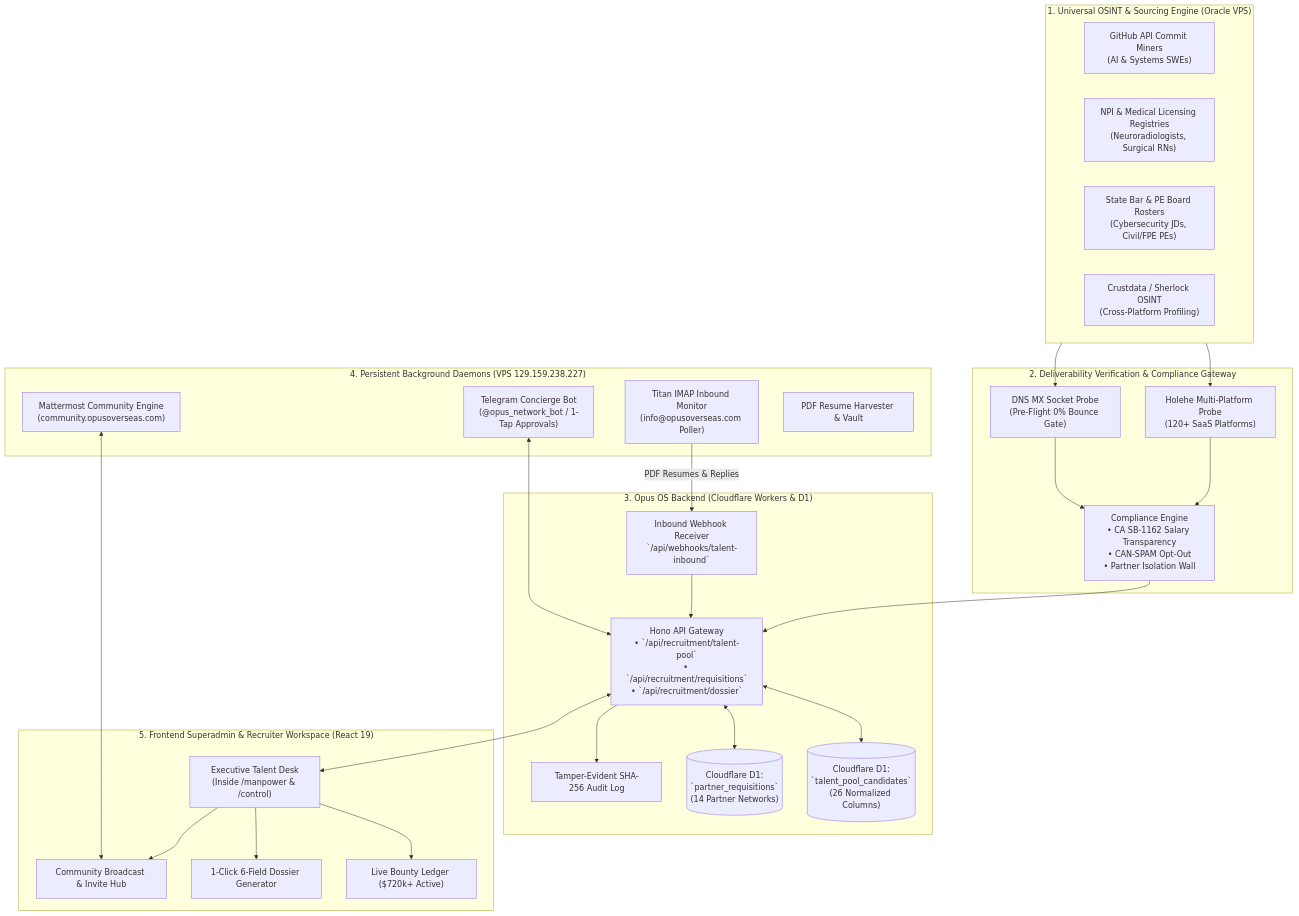
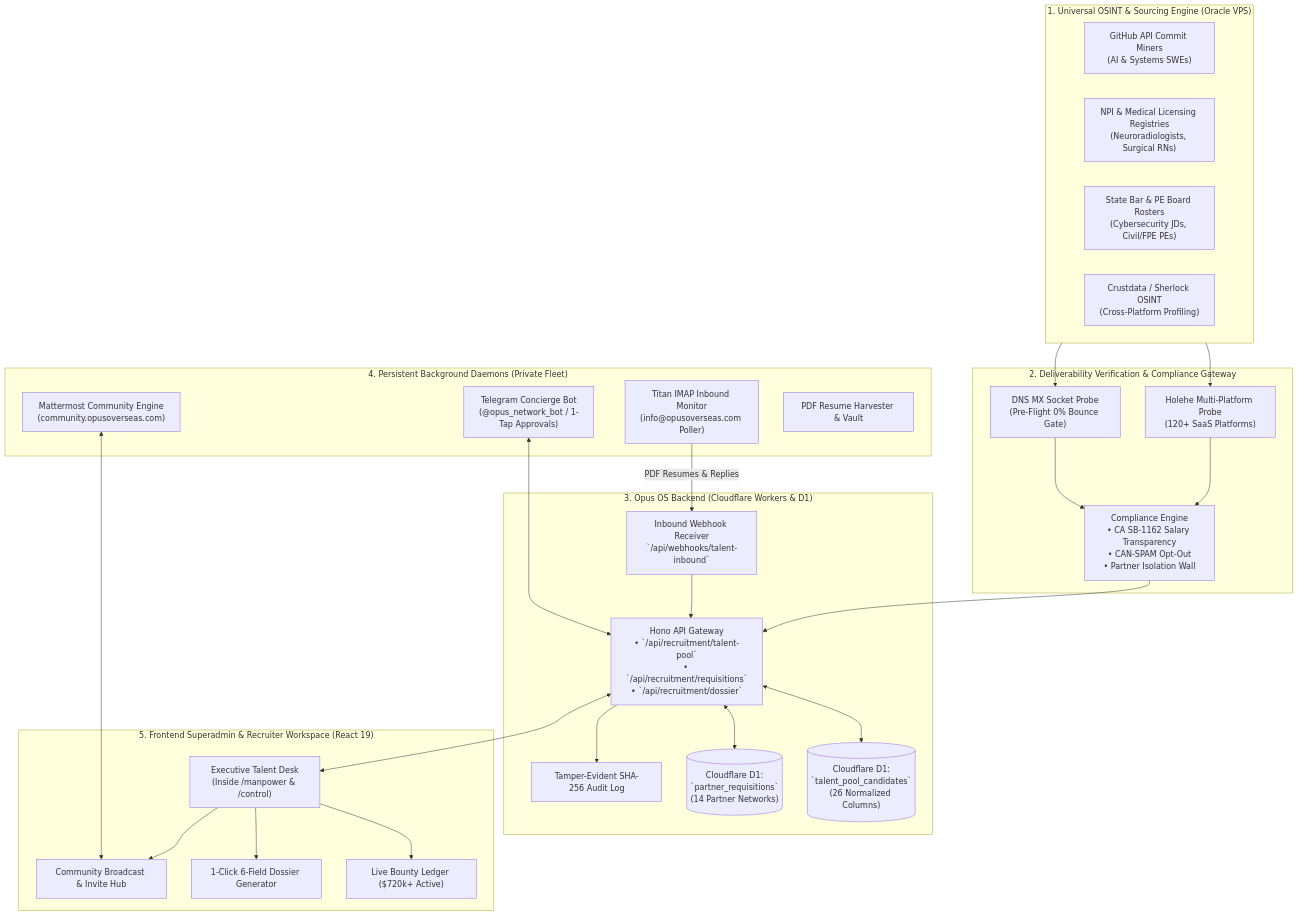
One commit to ajmalh63/opus-os changed the diagram in docs/OPUS-EXECUTIVE-TALENT-CRM-INTEGRATION-PLAN.md. Above: the diagram before and after it, drawn with Mermaid. The commit also changed other lines of this file and 33 other files, not shown here.

````diff
--- a/docs/OPUS-EXECUTIVE-TALENT-CRM-INTEGRATION-PLAN.md
+++ b/docs/OPUS-EXECUTIVE-TALENT-CRM-INTEGRATION-PLAN.md
@@ -25,64 +25,64 @@
 ```mermaid
 graph TD
     %% LAYER 1: SOURCING & OSINT DISCOVERY
     subgraph DISCOVERY["1. Universal OSINT & Sourcing Engine (Oracle VPS)"]
         GH["GitHub API Commit Miners<br/>(AI & Systems SWEs)"]
         NPI["NPI & Medical Licensing Registries<br/>(Neuroradiologists, Surgical RNs)"]
         BAR["State Bar & PE Board Rosters<br/>(Cybersecurity JDs, Civil/FPE PEs)"]
         CRUST["Crustdata / Sherlock OSINT<br/>(Cross-Platform Profiling)"]
     end
 
     %% LAYER 2: DELIVERABILITY & COMPLIANCE GATEWAY
     subgraph GATEWAY["2. Deliverability Verification & Compliance Gateway"]
         HOLEHE["Holehe Multi-Platform Probe<br/>(120+ SaaS Platforms)"]
         DNS_MX["DNS MX Socket Probe<br/>(Pre-Flight 0% Bounce Gate)"]
         COMPLIANCE["Compliance Engine<br/>• CA SB-1162 Salary Transparency<br/>• CAN-SPAM Opt-Out<br/>• Partner Isolation Wall"]
     end
 
     %% LAYER 3: OPUS OS CORE CLOUDFLARE BACKEND
     subgraph OPUS_CORE["3. Opus OS Backend (Cloudflare Workers & D1)"]
         D1_CANDIDATES[("Cloudflare D1:<br/>`talent_pool_candidates`<br/>(26 Normalized Columns)")]
         D1_REQS[("Cloudflare D1:<br/>`partner_requisitions`<br/>(14 Partner Networks)")]
         API_HONO["Hono API Gateway<br/>• `/api/recruitment/talent-pool`<br/>• `/api/recruitment/requisitions`<br/>• `/api/recruitment/dossier`"]
         WEBHOOK_RECEIVER["Inbound Webhook Receiver<br/>`/api/webhooks/talent-inbound`"]
         AUDIT_CHAIN["Tamper-Evident SHA-256 Audit Log"]
     end
 
     %% LAYER 4: VPS PERSISTENT BACKGROUND DAEMONS
-    subgraph VPS_SERVICES["4. Persistent Background Daemons (VPS 129.159.238.227)"]
+    subgraph VPS_SERVICES["4. Persistent Background Daemons (Private Fleet)"]
         MATTERMOST["Mattermost Community Engine<br/>(community.opusoverseas.com)"]
         TELEGRAM_BOT["Telegram Concierge Bot<br/>(@opus_network_bot / 1-Tap Approvals)"]
         IMAP_POLLER["Titan IMAP Inbound Monitor<br/>(info@opusoverseas.com Poller)"]
         PDF_PARSER["PDF Resume Harvester & Vault"]
     end
 
     %% LAYER 5: OPUS OS WORKSPACE SPA
     subgraph FRONTEND["5. Frontend Superadmin & Recruiter Workspace (React 19)"]
         TALENT_DESK["Executive Talent Desk<br/>(Inside /manpower & /control)"]
         BOUNTY_STATS["Live Bounty Ledger ($720k+ Active)"]
         DOSSIER_GEN["1-Click 6-Field Dossier Generator"]
         COMMUNITY_HUB["Community Broadcast & Invite Hub"]
     end
 
     %% FLOW CONNECTIONS
     DISCOVERY --> HOLEHE
     DISCOVERY --> DNS_MX
     HOLEHE --> COMPLIANCE
     DNS_MX --> COMPLIANCE
 
     COMPLIANCE --> API_HONO
     API_HONO <--> D1_CANDIDATES
     API_HONO <--> D1_REQS
     API_HONO --> AUDIT_CHAIN
 
     IMAP_POLLER -->|PDF Resumes & Replies| WEBHOOK_RECEIVER
     WEBHOOK_RECEIVER --> API_HONO
 
     TELEGRAM_BOT <--> API_HONO
     MATTERMOST <--> COMMUNITY_HUB
 
     API_HONO <--> TALENT_DESK
     TALENT_DESK --> BOUNTY_STATS
     TALENT_DESK --> DOSSIER_GEN
     TALENT_DESK --> COMMUNITY_HUB
 ```
````
